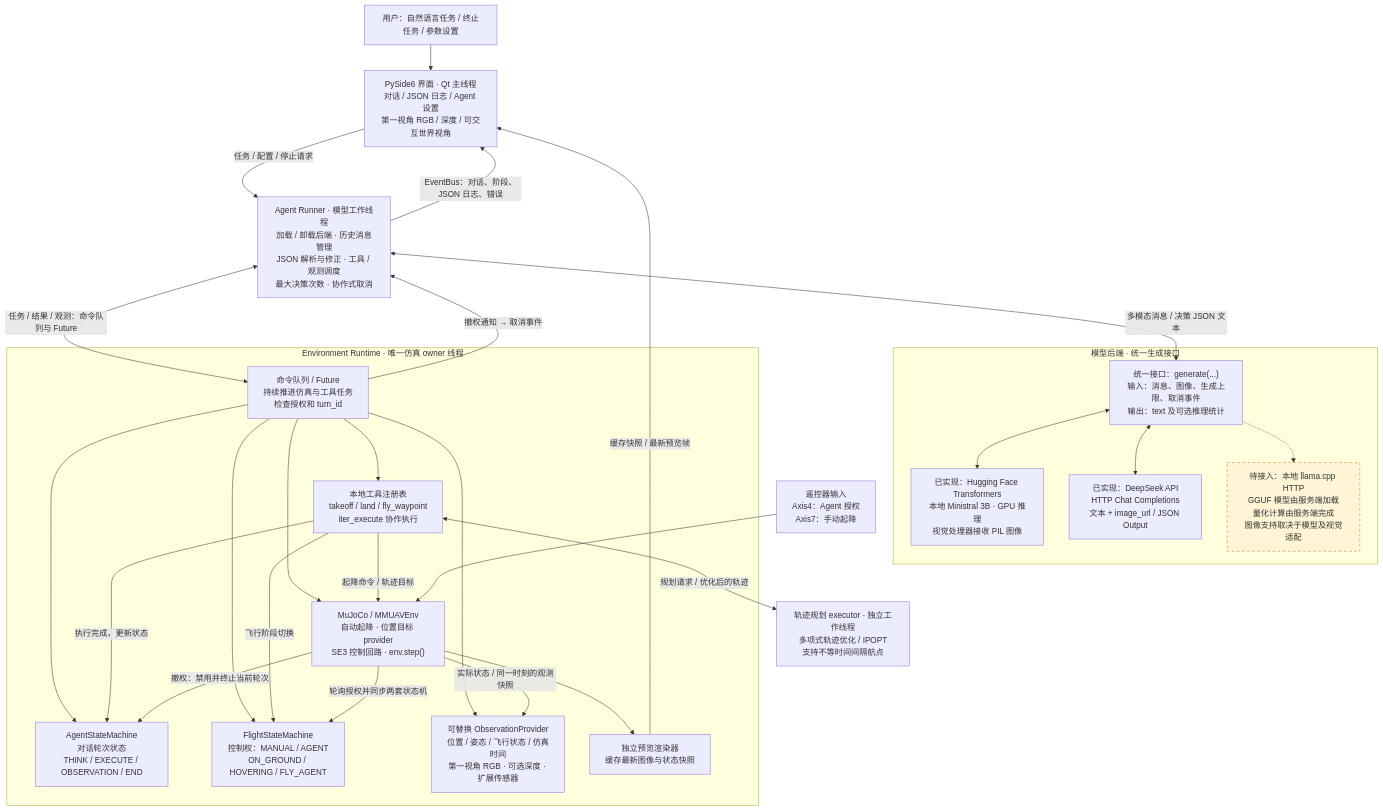
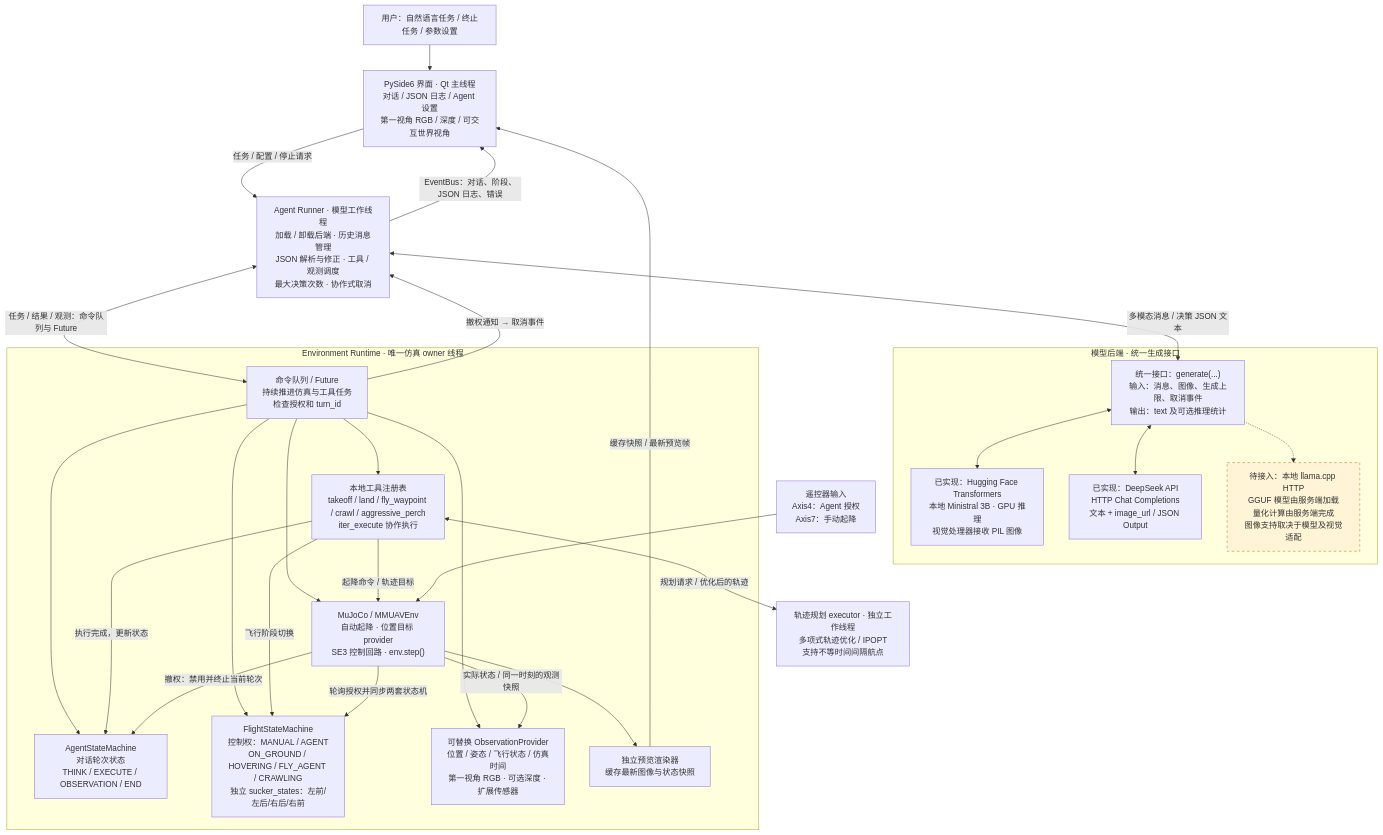
One commit to Coolmint417/agentic_mmuav changed the first of 5 diagrams in docs/architecture.md. Above: the diagram before and after it, drawn with Mermaid. The commit also changed other lines of this file and 25 other files, not shown here.

````diff
--- a/docs/architecture.md
+++ b/docs/architecture.md
@@ -7,54 +7,54 @@
 ```mermaid
 flowchart TB
     USER["用户：自然语言任务 / 终止任务 / 参数设置"]
     UI["PySide6 界面 · Qt 主线程<br/>对话 / JSON 日志 / Agent 设置<br/>第一视角 RGB / 深度 / 可交互世界视角"]
     USER --> UI
 
     subgraph MODEL["模型后端 · 统一生成接口"]
         HF["已实现：Hugging Face Transformers<br/>本地 Ministral 3B · GPU 推理<br/>视觉处理器接收 PIL 图像"]
         DS["已实现：DeepSeek API<br/>HTTP Chat Completions<br/>文本 + image_url / JSON Output"]
         LLAMA["待接入：本地 llama.cpp HTTP<br/>GGUF 模型由服务端加载<br/>量化计算由服务端完成<br/>图像支持取决于模型及视觉适配"]
         IF["统一接口：generate(...)<br/>输入：消息、图像、生成上限、取消事件<br/>输出：text 及可选推理统计"]
         IF <--> HF
         IF <--> DS
         IF -.-> LLAMA
     end
 
     RUN["Agent Runner · 模型工作线程<br/>加载 / 卸载后端 · 历史消息管理<br/>JSON 解析与修正 · 工具 / 观测调度<br/>最大决策次数 · 协作式取消"]
     UI -->|"任务 / 配置 / 停止请求"| RUN
     RUN <-->|"多模态消息 / 决策 JSON 文本"| IF
 
     subgraph OWNER["Environment Runtime · 唯一仿真 owner 线程"]
         RT["命令队列 / Future<br/>持续推进仿真与工具任务<br/>检查授权和 turn_id"]
         AS["AgentStateMachine<br/>对话轮次状态<br/>THINK / EXECUTE / OBSERVATION / END"]
-        FS["FlightStateMachine<br/>控制权：MANUAL / AGENT<br/>ON_GROUND / HOVERING / FLY_AGENT"]
-        TOOLS["本地工具注册表<br/>takeoff / land / fly_waypoint<br/>iter_execute 协作执行"]
+        FS["FlightStateMachine<br/>控制权：MANUAL / AGENT<br/>ON_GROUND / HOVERING / FLY_AGENT / CRAWLING<br/>独立 sucker_states：左前/左后/右后/右前"]
+        TOOLS["本地工具注册表<br/>takeoff / land / fly_waypoint / crawl / aggressive_perch<br/>iter_execute 协作执行"]
         OBS["可替换 ObservationProvider<br/>位置 / 姿态 / 飞行状态 / 仿真时间<br/>第一视角 RGB · 可选深度 · 扩展传感器"]
         ENV["MuJoCo / MMUAVEnv<br/>自动起降 · 位置目标 provider<br/>SE3 控制回路 · env.step()"]
         PREVIEW["独立预览渲染器<br/>缓存最新图像与状态快照"]
         RT --> AS
         RT --> FS
         RT --> TOOLS
         RT --> OBS
         RT --> ENV
         TOOLS -->|"起降命令 / 轨迹目标"| ENV
         TOOLS -->|"执行完成，更新状态"| AS
         TOOLS -->|"飞行阶段切换"| FS
         ENV -->|"实际状态 / 同一时刻的观测快照"| OBS
         ENV --> PREVIEW
     end
 
     PLAN["轨迹规划 executor · 独立工作线程<br/>多项式轨迹优化 / IPOPT<br/>支持不等时间间隔航点"]
     TOOLS <-->|"规划请求 / 优化后的轨迹"| PLAN
     RC["遥控器输入<br/>Axis4：Agent 授权<br/>Axis7：手动起降"]
     RC --> ENV
     ENV -->|"轮询授权并同步两套状态机"| FS
     ENV -->|"撤权：禁用并终止当前轮次"| AS
     RUN <-->|"任务 / 结果 / 观测：命令队列与 Future"| RT
     RT -->|"撤权通知 → 取消事件"| RUN
     PREVIEW -->|"缓存快照 / 最新预览帧"| UI
     RUN -->|"EventBus：对话、阶段、JSON 日志、错误"| UI
 
     classDef planned fill:#fff4d6,stroke:#b7791f,stroke-dasharray:5 5;
     class LLAMA planned;
 ```
````
